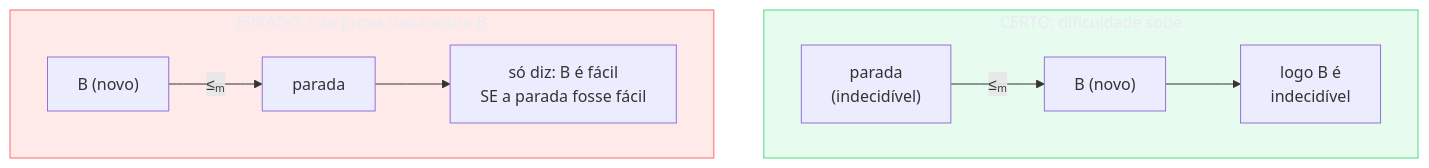
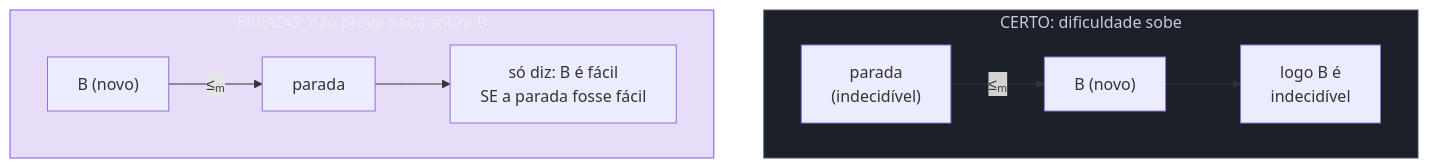
The second of 3 diagrams in 03-Dominios/Ciência/Teoria da Computação/12 - Reduções e indecidibilidade em cascata.md (josenaldo/codex-technomanticus), drawn with Mermaid before and after one commit. The commit also changed other lines of this file and 601 other files, not shown here.

````diff
--- a/03-Dominios/Ciência/Teoria da Computação/12 - Reduções e indecidibilidade em cascata.md
+++ b/03-Dominios/Ciência/Teoria da Computação/12 - Reduções e indecidibilidade em cascata.md
@@ -109,18 +109,18 @@
 ```mermaid
 flowchart TB
-    classDef ok fill:#4ADE8021,stroke:#4ADE80,color:#E9ECF2
-    classDef falha fill:#FF6B6B24,stroke:#FF6B6B,color:#E9ECF2
+    classDef marca fill:#8855DF33,stroke:#8855DF,color:#E9ECF2
+    classDef neutro fill:#1B2029,stroke:#4E5666,color:#C6CCD8
     subgraph CERTO["CERTO: dificuldade sobe"]
         direction LR
         P1["parada<br/>(indecidível)"] -->|"≤ₘ"| Bc["B (novo)"]
         Bc --> C1["logo B é<br/>indecidível"]
     end
     subgraph ERRADO["ERRADO: não prova nada sobre B"]
         direction LR
         Be["B (novo)"] -->|"≤ₘ"| P2["parada"]
         P2 --> C2["só diz: B é fácil<br/>SE a parada fosse fácil"]
     end
 
-    class CERTO ok
-    class ERRADO falha
+    class CERTO neutro
+    class ERRADO marca
 ```
````
